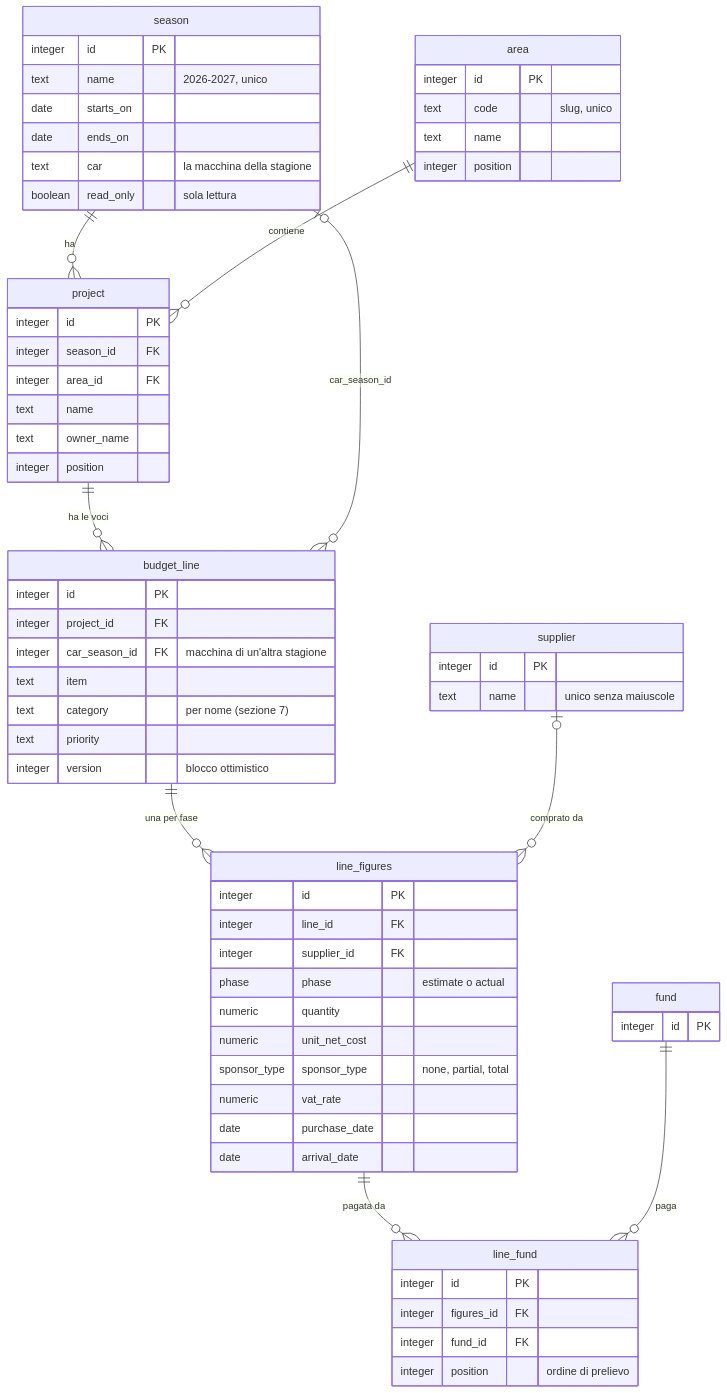
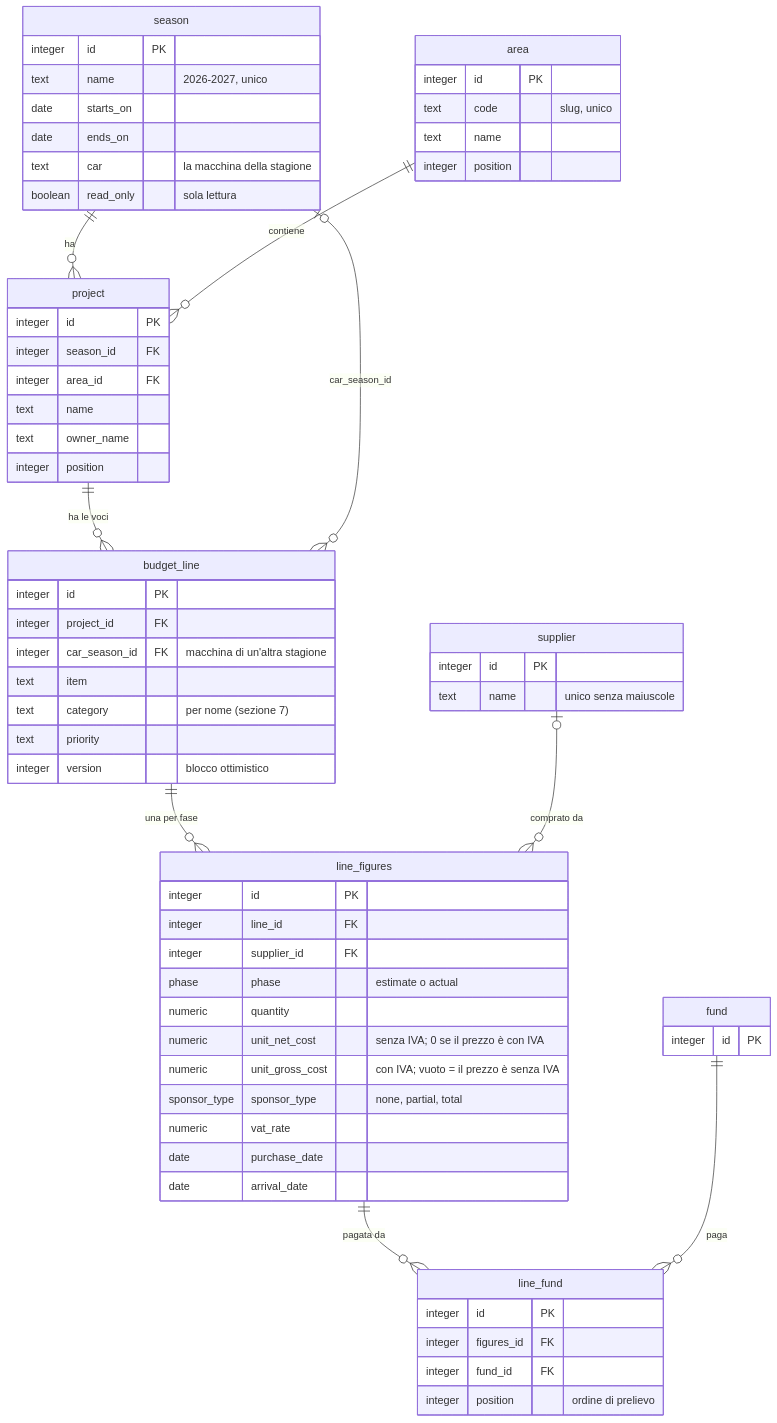
Before and after one commit to KevinRomanello/Simple-configurable-ERP: the second of 6 diagrams in docs/schema-database.md, drawn with Mermaid. The commit also changed other lines of this file and 33 other files, not shown here.

````diff
--- a/docs/schema-database.md
+++ b/docs/schema-database.md
@@ -52,68 +52,69 @@
 ```mermaid
 erDiagram
   season {
     integer id PK
     text name "2026-2027, unico"
     date starts_on
     date ends_on
     text car "la macchina della stagione"
     boolean read_only "sola lettura"
   }
   area {
     integer id PK
     text code "slug, unico"
     text name
     integer position
   }
   project {
     integer id PK
     integer season_id FK
     integer area_id FK
     text name
     text owner_name
     integer position
   }
   budget_line {
     integer id PK
     integer project_id FK
     integer car_season_id FK "macchina di un'altra stagione"
     text item
     text category "per nome (sezione 7)"
     text priority
     integer version "blocco ottimistico"
   }
   line_figures {
     integer id PK
     integer line_id FK
     integer supplier_id FK
     phase phase "estimate o actual"
     numeric quantity
-    numeric unit_net_cost
+    numeric unit_net_cost "senza IVA; 0 se il prezzo è con IVA"
+    numeric unit_gross_cost "con IVA; vuoto = il prezzo è senza IVA"
     sponsor_type sponsor_type "none, partial, total"
     numeric vat_rate
     date purchase_date
     date arrival_date
   }
   line_fund {
     integer id PK
     integer figures_id FK
     integer fund_id FK
     integer position "ordine di prelievo"
   }
   supplier {
     integer id PK
     text name "unico senza maiuscole"
   }
   fund {
     integer id PK
   }
 
   season ||--o{ project : "ha"
   area ||--o{ project : "contiene"
   project ||--o{ budget_line : "ha le voci"
   season |o--o{ budget_line : "car_season_id"
   budget_line ||--o{ line_figures : "una per fase"
   supplier |o--o{ line_figures : "comprato da"
   line_figures ||--o{ line_fund : "pagata da"
   fund ||--o{ line_fund : "paga"
 ```
````
